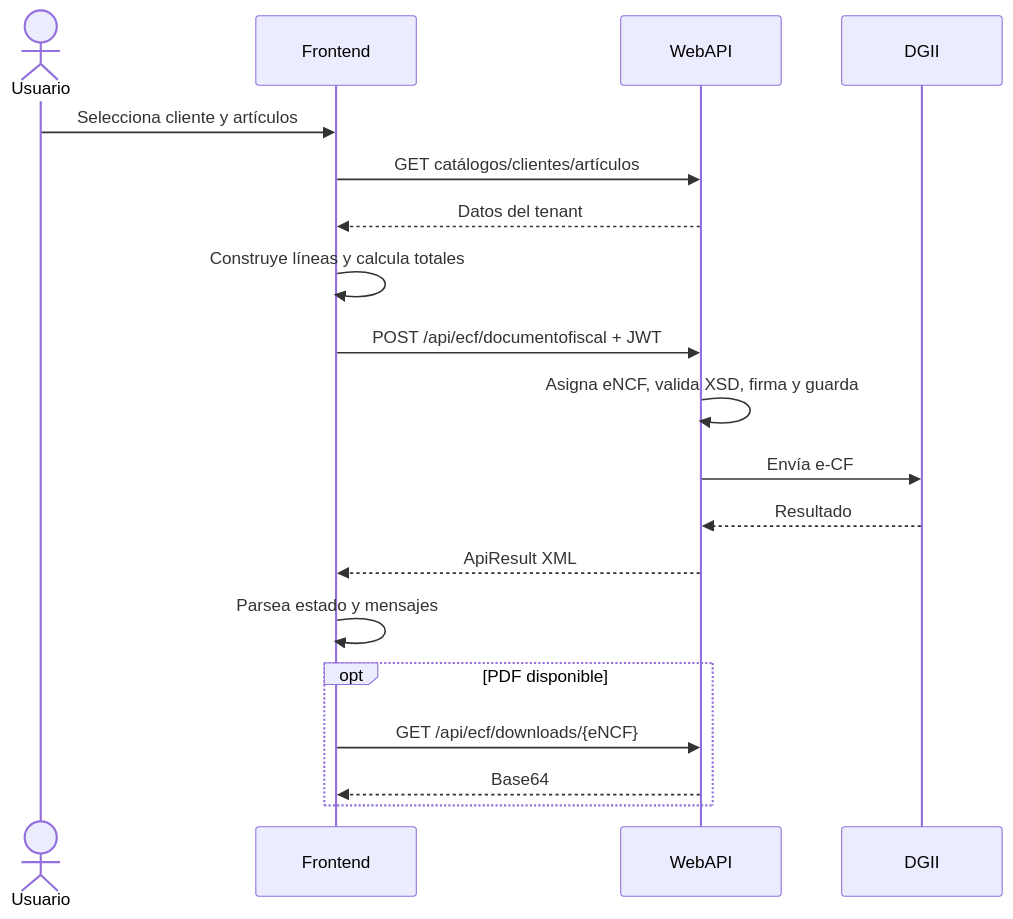
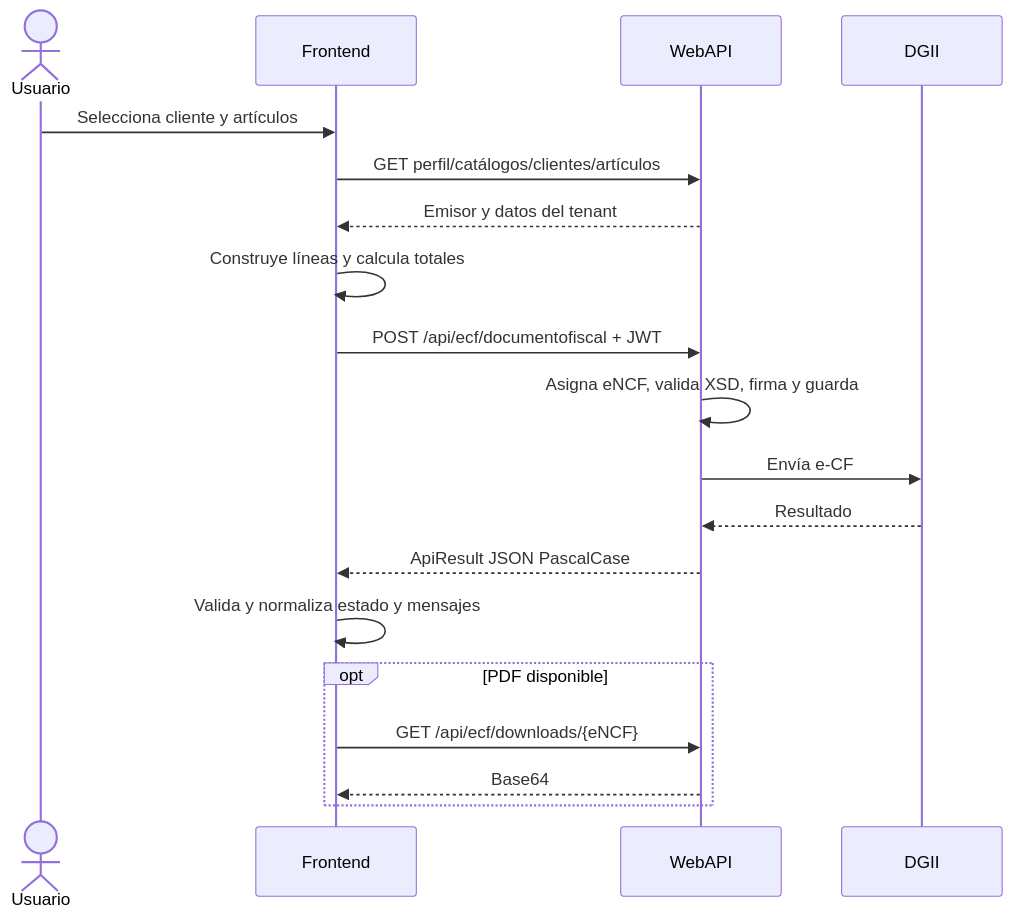
Before and after one commit to BrianPelegrin/effisort-web: the second of 2 diagrams in docs/frontend/README.md, drawn with Mermaid. The commit also changed other lines of this file and 54 other files, not shown here.

````diff
--- a/docs/frontend/README.md
+++ b/docs/frontend/README.md
@@ -949,21 +1309,21 @@
 ```mermaid
 sequenceDiagram
   actor U as Usuario
   participant F as Frontend
   participant A as WebAPI
   participant D as DGII
   U->>F: Selecciona cliente y artículos
-  F->>A: GET catálogos/clientes/artículos
-  A-->>F: Datos del tenant
+  F->>A: GET perfil/catálogos/clientes/artículos
+  A-->>F: Emisor y datos del tenant
   F->>F: Construye líneas y calcula totales
   F->>A: POST /api/ecf/documentofiscal + JWT
   A->>A: Asigna eNCF, valida XSD, firma y guarda
   A->>D: Envía e-CF
   D-->>A: Resultado
-  A-->>F: ApiResult XML
-  F->>F: Parsea estado y mensajes
+  A-->>F: ApiResult JSON PascalCase
+  F->>F: Valida y normaliza estado y mensajes
   opt PDF disponible
     F->>A: GET /api/ecf/downloads/{eNCF}
     A-->>F: Base64
   end
 ```
````
